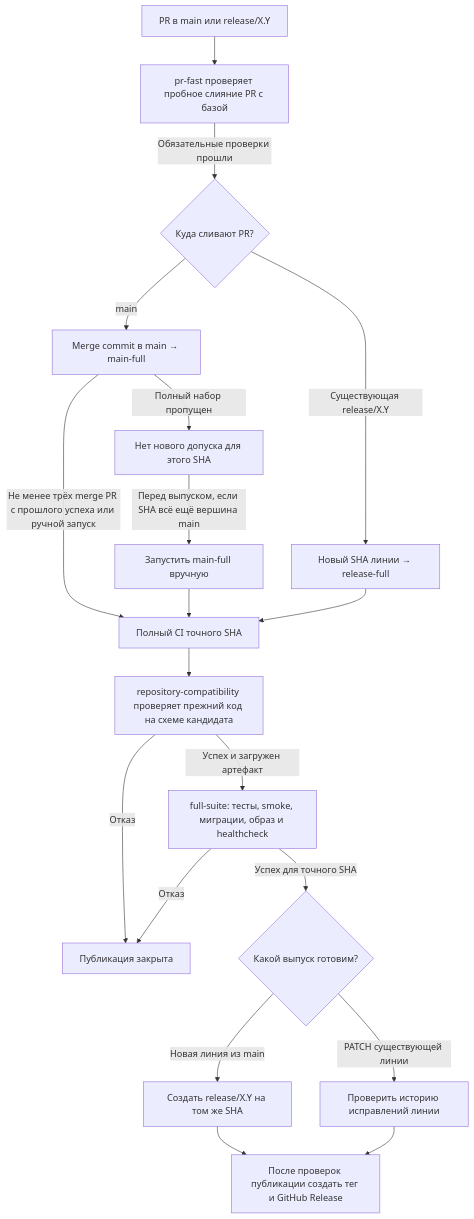
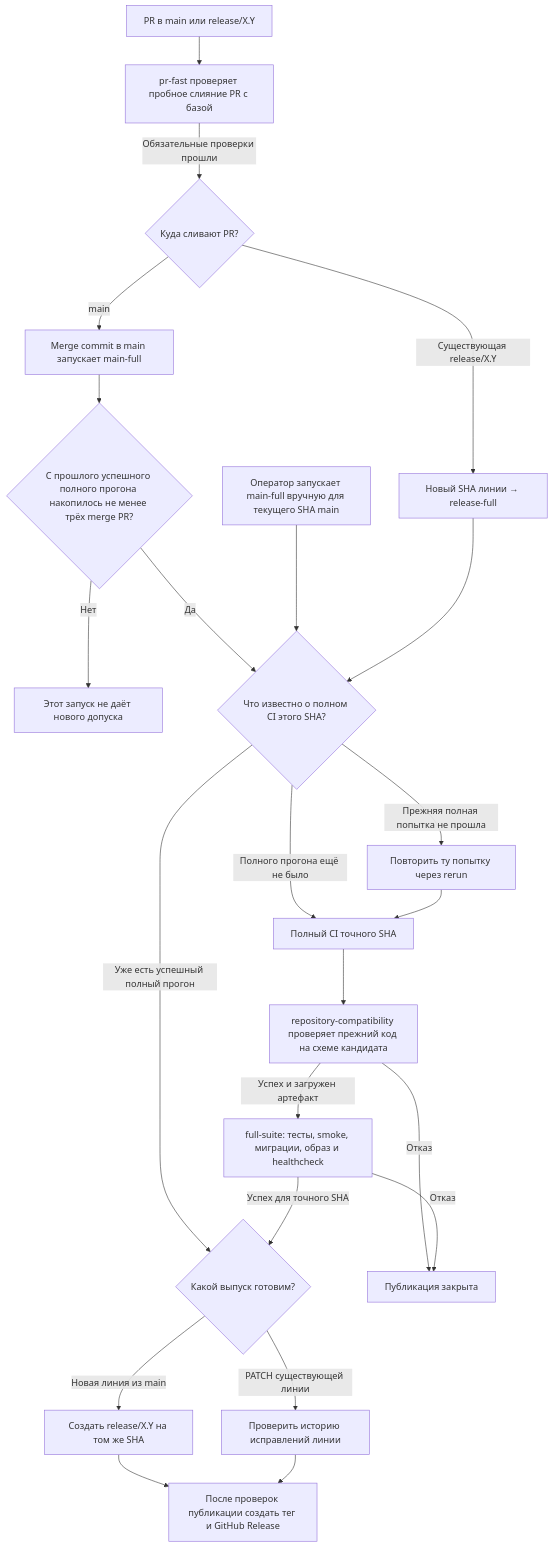
The first of 3 diagrams in docs/release-ci-admission/CI_AND_DEPLOY.md (karateka-git/compadre-assistant), drawn with Mermaid before and after one commit. The commit also changed other lines of this file, not shown here.

Commit message:
Уточнить схемы допуска и описать проверки CI

````diff
--- a/docs/release-ci-admission/CI_AND_DEPLOY.md
+++ b/docs/release-ci-admission/CI_AND_DEPLOY.md
@@ -10,21 +10,25 @@
 ```mermaid
 flowchart TD
     PR["PR в main или release/X.Y"] --> FAST["pr-fast проверяет пробное слияние PR с базой"]
     FAST -->|Обязательные проверки прошли| TARGET{"Куда сливают PR?"}
-    TARGET -->|main| MAIN["Merge commit в main → main-full"]
+    TARGET -->|main| MAIN["Merge commit в main запускает main-full"]
     TARGET -->|Существующая release/X.Y| PATCH["Новый SHA линии → release-full"]
-    MAIN -->|Не менее трёх merge PR с прошлого успеха или ручной запуск| FULL["Полный CI точного SHA"]
-    MAIN -->|Полный набор пропущен| SKIP["Нет нового допуска для этого SHA"]
-    SKIP -->|Перед выпуском, если SHA всё ещё вершина main| MANUAL["Запустить main-full вручную"]
-    MANUAL --> FULL
-    PATCH --> FULL
+    MAIN --> COUNT{"С прошлого успешного полного прогона накопилось не менее трёх merge PR?"}
+    COUNT -->|Нет| SKIP["Этот запуск не даёт нового допуска"]
+    COUNT -->|Да| CHECK{"Что известно о полном CI этого SHA?"}
+    MANUAL["Оператор запускает main-full вручную для текущего SHA main"] --> CHECK
+    PATCH --> CHECK
+    CHECK -->|Уже есть успешный полный прогон| LINE
+    CHECK -->|Прежняя полная попытка не прошла| RERUN["Повторить ту попытку через rerun"]
+    CHECK -->|Полного прогона ещё не было| FULL["Полный CI точного SHA"]
+    RERUN --> FULL
     FULL --> PAIR["repository-compatibility проверяет прежний код на схеме кандидата"]
     PAIR -->|Успех и загружен артефакт| SUITE["full-suite: тесты, smoke, миграции, образ и healthcheck"]
     PAIR -->|Отказ| NO["Публикация закрыта"]
     SUITE -->|Отказ| NO
     SUITE -->|Успех для точного SHA| LINE{"Какой выпуск готовим?"}
     LINE -->|Новая линия из main| NEW["Создать release/X.Y на том же SHA"]
     LINE -->|PATCH существующей линии| HISTORY["Проверить историю исправлений линии"]
     NEW --> PUB["После проверок публикации создать тег и GitHub Release"]
     HISTORY --> PUB
 ```
````
